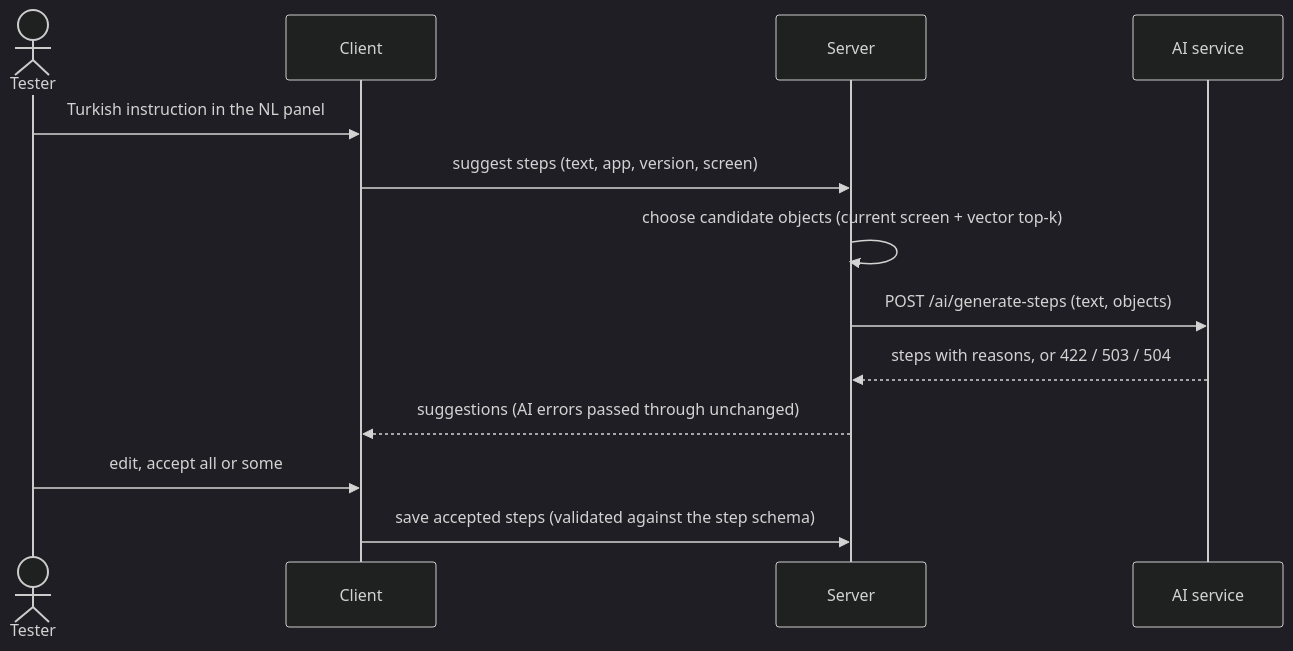
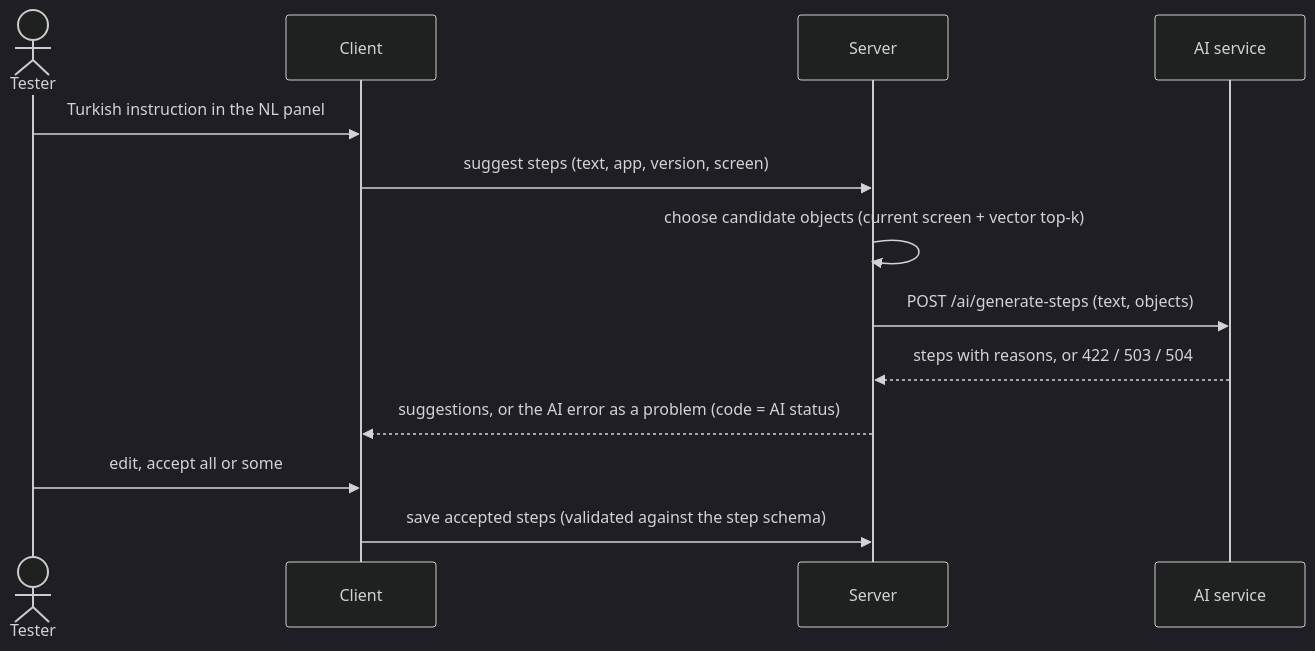
One commit to galipdg/AYNA changed the fifth of 7 diagrams in docs/sdd/SDD.md. Above: the diagram before and after it, drawn with Mermaid (dark theme). The commit also changed other lines of this file and 1 other file, not shown here.

Commit message:
docs(sdd): apply the #155 review: status after #135/#151/#156/#158, retrieval and AI errors settled (#45)

````diff
--- a/docs/sdd/SDD.md
+++ b/docs/sdd/SDD.md
@@ -205,15 +206,15 @@
 ```mermaid
 sequenceDiagram
   actor T as Tester
   participant C as Client
   participant S as Server
   participant AI as AI service
   T->>C: Turkish instruction in the NL panel
   C->>S: suggest steps (text, app, version, screen)
   S->>S: choose candidate objects (current screen + vector top-k)
   S->>AI: POST /ai/generate-steps (text, objects)
   AI-->>S: steps with reasons, or 422 / 503 / 504
-  S-->>C: suggestions (AI errors passed through unchanged)
+  S-->>C: suggestions, or the AI error as a problem (code = AI status)
   T->>C: edit, accept all or some
   C->>S: save accepted steps (validated against the step schema)
 ```
````
